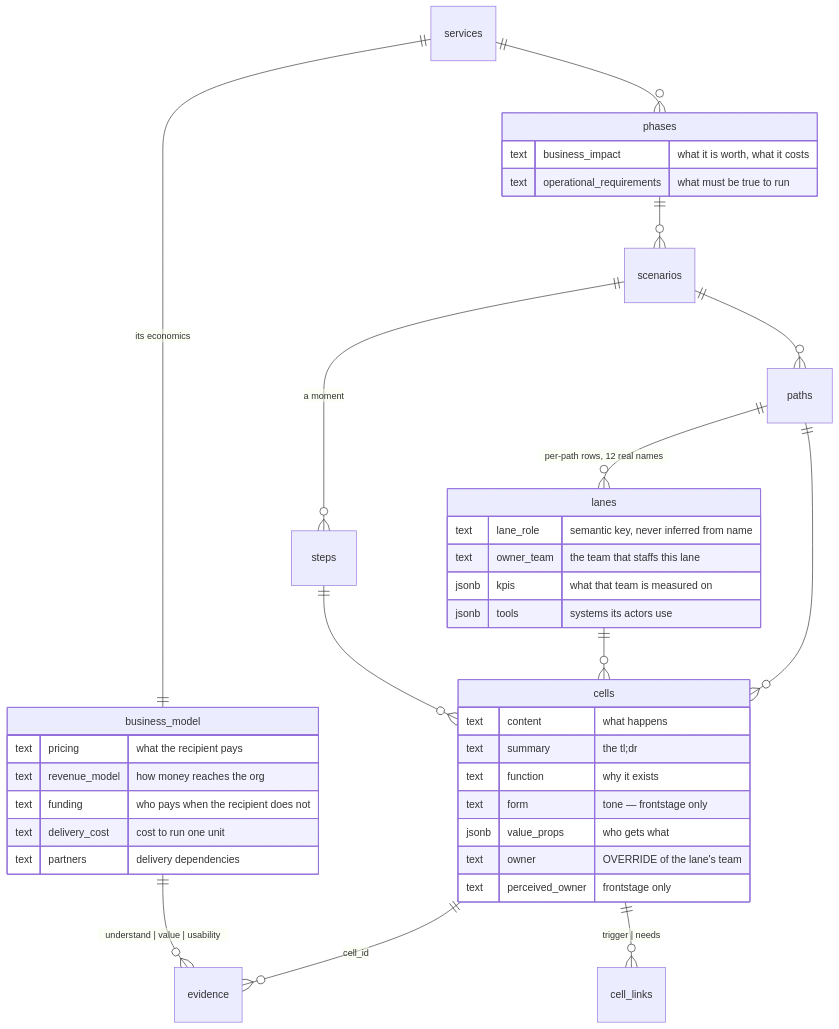
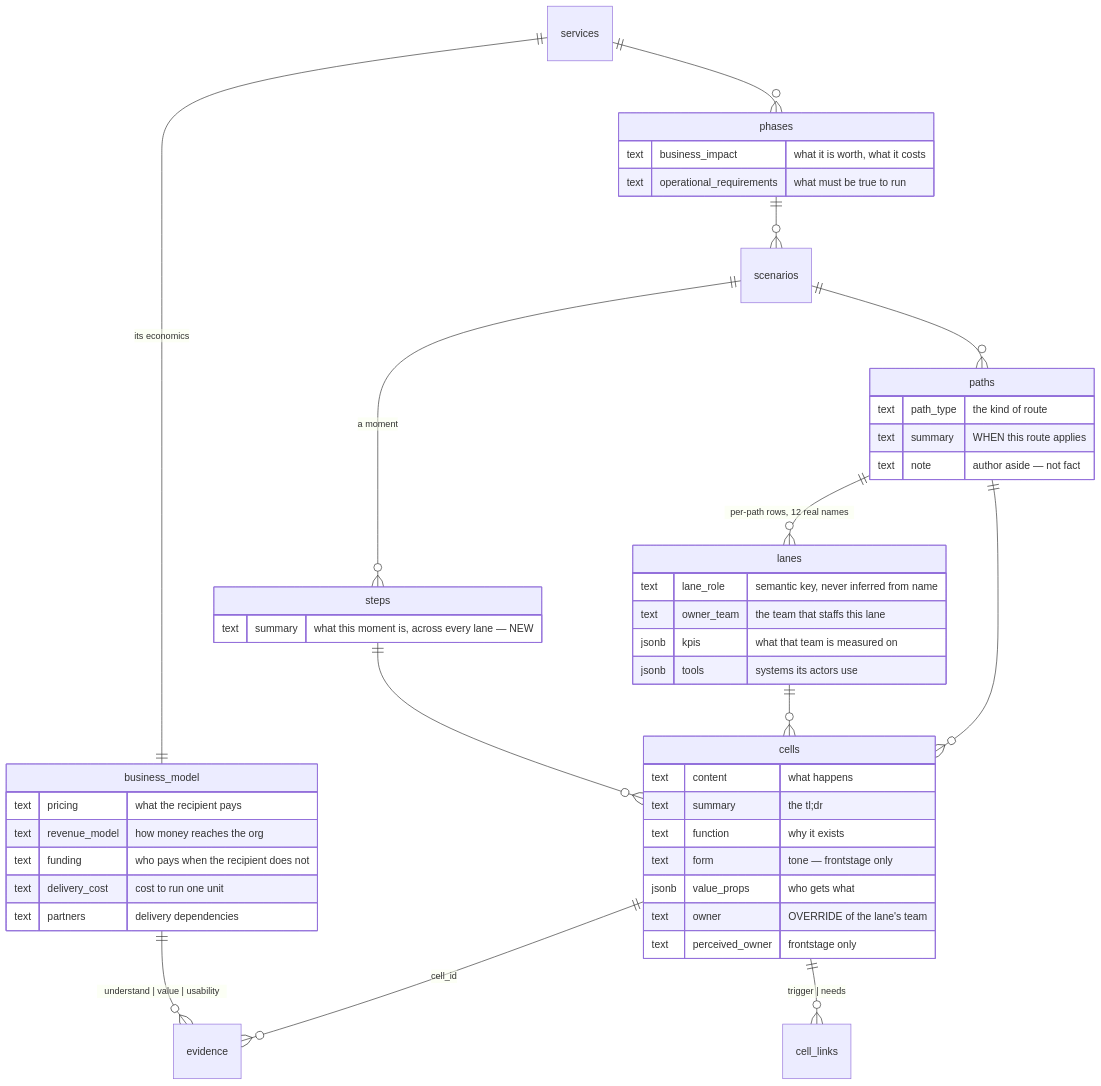
Before and after one commit to BilLogic/plus-uno-blueprint: the first of 2 diagrams in docs/plans/2026-08-20-006-design-data-model.md, drawn with Mermaid. The commit also changed other lines of this file and 3 other files, not shown here.

First line of the commit message:
docs(plans): scenario panel hosts paths, steps.summary, provider kind, multi-service front end

````diff
--- a/docs/plans/2026-08-20-006-design-data-model.md
+++ b/docs/plans/2026-08-20-006-design-data-model.md
@@ -175,42 +275,50 @@
 ```mermaid
 erDiagram
     services   ||--o{ phases : ""
     services   ||--|| business_model : "its economics"
     phases     ||--o{ scenarios : ""
     scenarios  ||--o{ paths : ""
     scenarios  ||--o{ steps : "a moment"
     paths      ||--o{ lanes : "per-path rows, 12 real names"
     paths      ||--o{ cells : ""
     lanes      ||--o{ cells : ""
     steps      ||--o{ cells : ""
     cells      ||--o{ evidence : "cell_id"
     business_model ||--o{ evidence : "understand | value | usability"
     cells      ||--o{ cell_links : "trigger | needs"
 
     business_model {
         text pricing         "what the recipient pays"
         text revenue_model   "how money reaches the org"
         text funding         "who pays when the recipient does not"
         text delivery_cost   "cost to run one unit"
         text partners        "delivery dependencies"
     }
     phases {
         text business_impact          "what it is worth, what it costs"
         text operational_requirements "what must be true to run"
     }
+    paths {
+        text path_type "the kind of route"
+        text summary   "WHEN this route applies"
+        text note      "author aside — not fact"
+    }
+    steps {
+        text summary "what this moment is, across every lane — NEW"
+    }
     lanes {
         text lane_role  "semantic key, never inferred from name"
         text owner_team "the team that staffs this lane"
         jsonb kpis      "what that team is measured on"
         jsonb tools     "systems its actors use"
     }
     cells {
         text content         "what happens"
         text summary         "the tl;dr"
         text function        "why it exists"
         text form            "tone — frontstage only"
         jsonb value_props    "who gets what"
         text owner           "OVERRIDE of the lane's team"
         text perceived_owner "frontstage only"
     }
 ```
````
